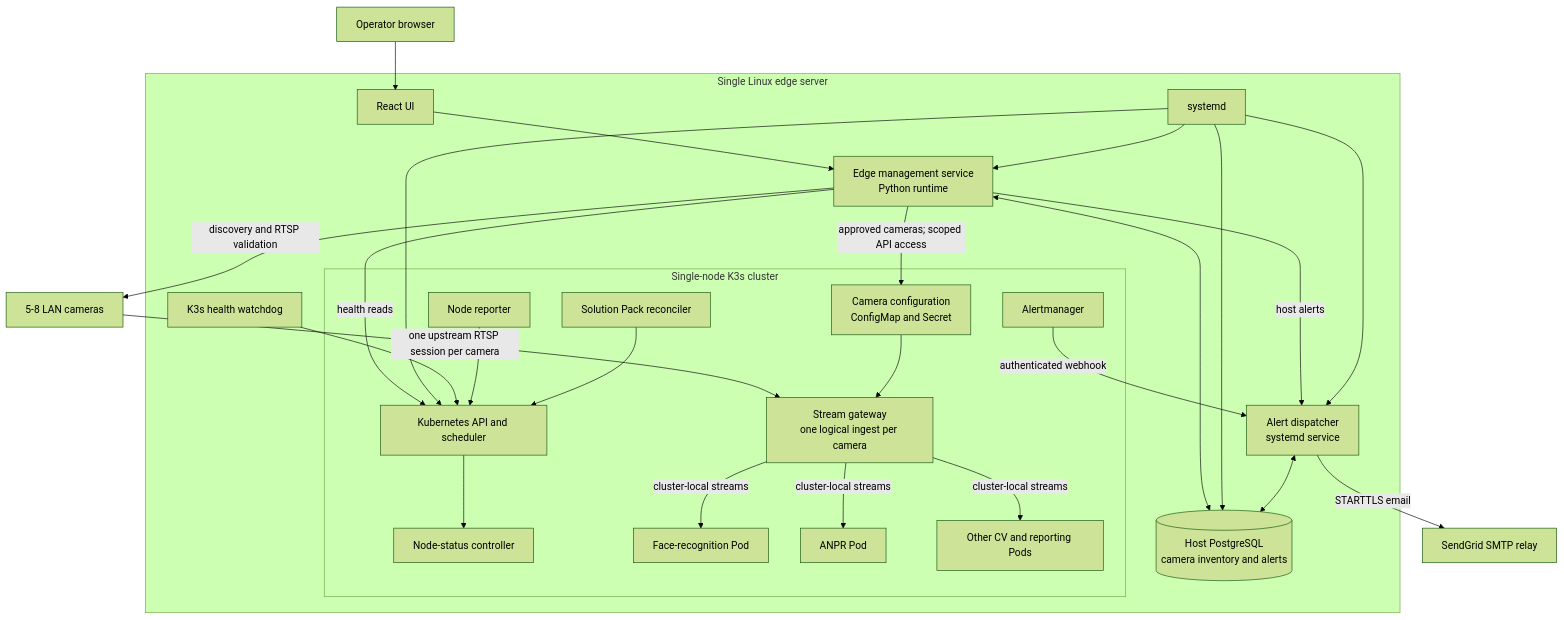
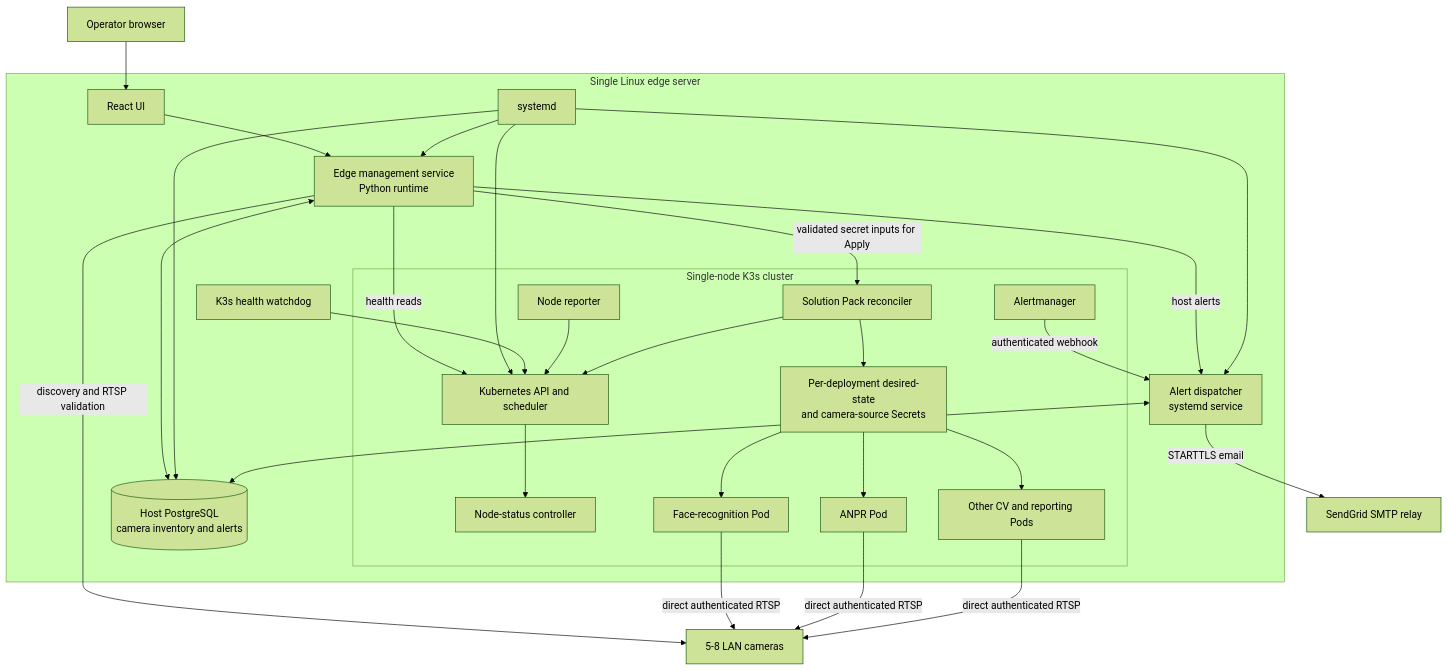
Before and after one commit to sayandip-apexflo/tvt-prototype: the first of 4 diagrams in HLD.md, drawn with Mermaid (forest theme). The commit also changed other lines of this file and 42 other files, not shown here.

````diff
--- a/HLD.md
+++ b/HLD.md
@@ -161,53 +171,54 @@
 ```mermaid
 flowchart TB
     Operator[Operator browser]
     Cameras[5-8 LAN cameras]
 
     subgraph Host[Single Linux edge server]
         Systemd[systemd]
         UI[React UI]
         Edge[Edge management service<br/>Python runtime]
         Dispatcher[Alert dispatcher<br/>systemd service]
         DB[(Host PostgreSQL<br/>camera inventory and alerts)]
         Watchdog[K3s health watchdog]
 
         subgraph Cluster[Single-node K3s cluster]
             API[Kubernetes API and scheduler]
             Reporter[Node reporter]
             Controller[Node-status controller]
             Reconciler[Solution Pack reconciler]
             Alertmanager[Alertmanager]
-            Sync[Camera configuration<br/>ConfigMap and Secret]
-            Gateway[Stream gateway<br/>one logical ingest per camera]
+            Secrets[Per-deployment desired-state<br/>and camera-source Secrets]
             Face[Face-recognition Pod]
             ANPR[ANPR Pod]
             Other[Other CV and reporting Pods]
         end
     end
 
     SMTP[SendGrid SMTP relay]
 
     Operator --> UI
     UI --> Edge
     Edge <--> DB
     Edge -->|discovery and RTSP validation| Cameras
-    Edge -->|approved cameras; scoped API access| Sync
+    Edge -->|validated secret inputs for Apply| Reconciler
     Edge -->|health reads| API
     Edge -->|host alerts| Dispatcher
     Systemd --> Edge
     Systemd --> Dispatcher
     Systemd --> DB
     Systemd --> API
     Watchdog --> API
-    Cameras -->|one upstream RTSP session per camera| Gateway
-    Sync --> Gateway
-    Gateway -->|cluster-local streams| Face
-    Gateway -->|cluster-local streams| ANPR
-    Gateway -->|cluster-local streams| Other
+    Reconciler --> Secrets
+    Secrets --> Face
+    Secrets --> ANPR
+    Secrets --> Other
+    Face -->|direct authenticated RTSP| Cameras
+    ANPR -->|direct authenticated RTSP| Cameras
+    Other -->|direct authenticated RTSP| Cameras
     Reporter --> API
     API --> Controller
     Reconciler --> API
     Alertmanager -->|authenticated webhook| Dispatcher
     Dispatcher <--> DB
     Dispatcher -->|STARTTLS email| SMTP
 ```
````
